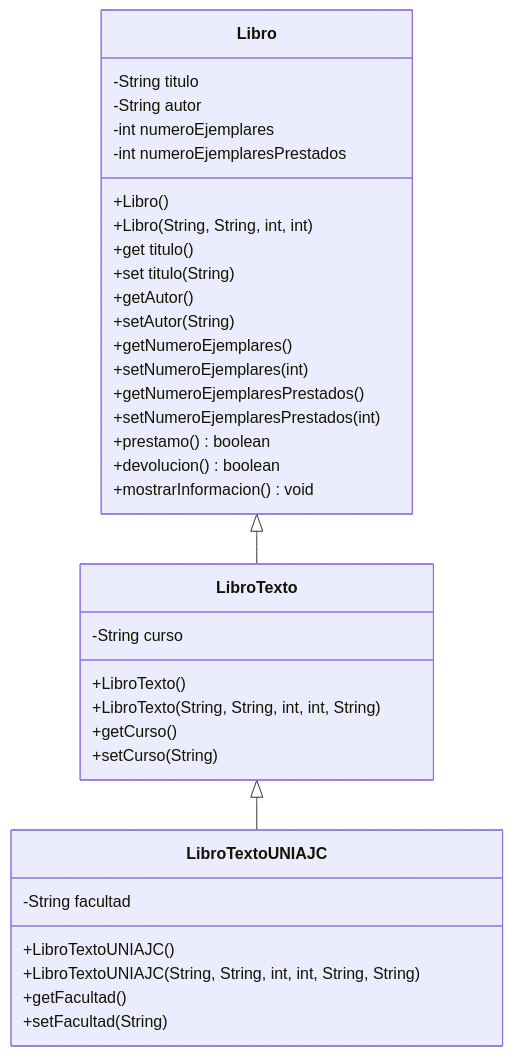
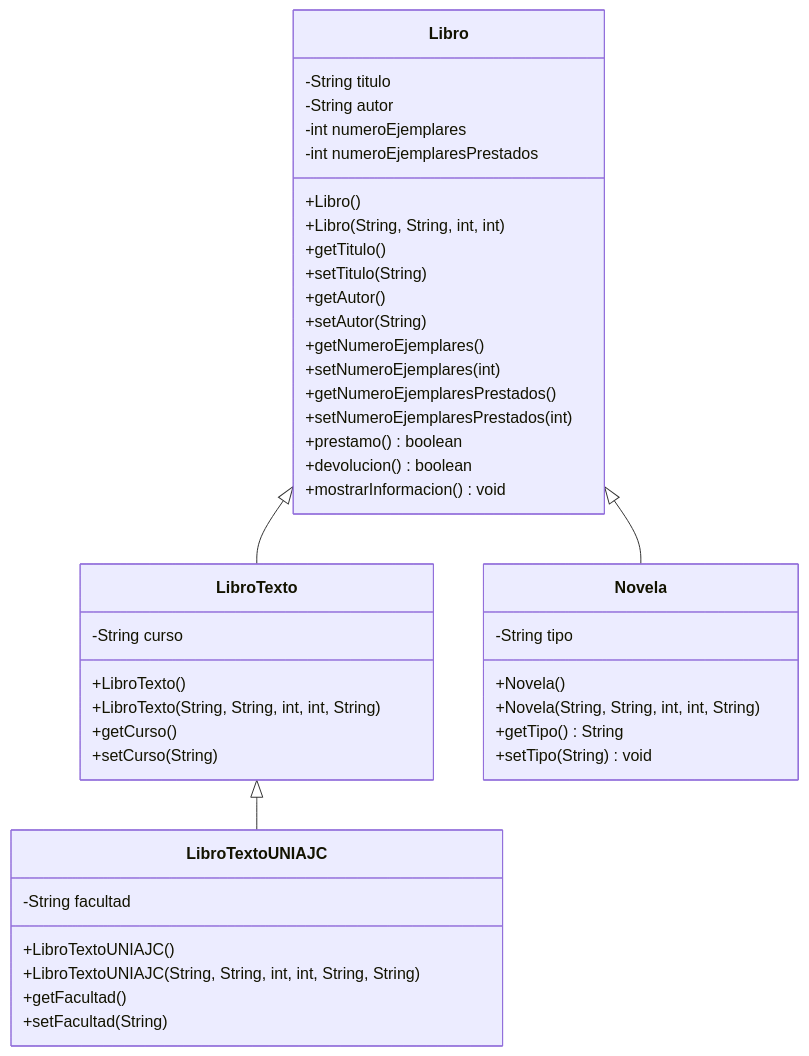
Before and after one commit to EvaAcosta-dev/parcial-practico-412: the first of 2 diagrams in README.md, drawn with Mermaid. The commit also changed other lines of this file, not shown here.

````diff
--- a/README.md
+++ b/README.md
@@ -7,41 +7,50 @@
 ```mermaid
 classDiagram
     class Libro {
         -String titulo
         -String autor
         -int numeroEjemplares
         -int numeroEjemplaresPrestados
         +Libro()
         +Libro(String, String, int, int)
-        +get titulo()
-        +set titulo(String)
+        +getTitulo()
+        +setTitulo(String)
         +getAutor()
         +setAutor(String)
         +getNumeroEjemplares()
         +setNumeroEjemplares(int)
         +getNumeroEjemplaresPrestados()
         +setNumeroEjemplaresPrestados(int)
         +prestamo() boolean
         +devolucion() boolean
         +mostrarInformacion() void
     }
 
     class LibroTexto {
         -String curso
         +LibroTexto()
         +LibroTexto(String, String, int, int, String)
         +getCurso()
         +setCurso(String)
     }
 
     class LibroTextoUNIAJC {
         -String facultad
         +LibroTextoUNIAJC()
         +LibroTextoUNIAJC(String, String, int, int, String, String)
         +getFacultad()
         +setFacultad(String)
     }
 
+    class Novela {
+        -String tipo
+        +Novela()
+        +Novela(String, String, int, int, String)
+        +getTipo() String
+        +setTipo(String) void
+    }
+
     Libro <|-- LibroTexto
     LibroTexto <|-- LibroTextoUNIAJC
+    Libro <|-- Novela
 ```
````
